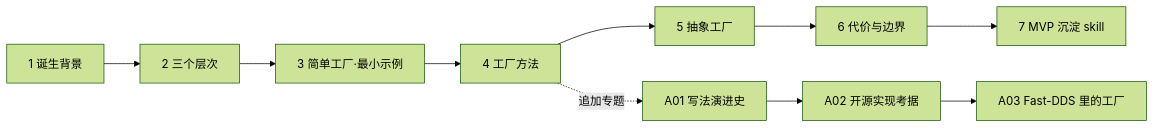
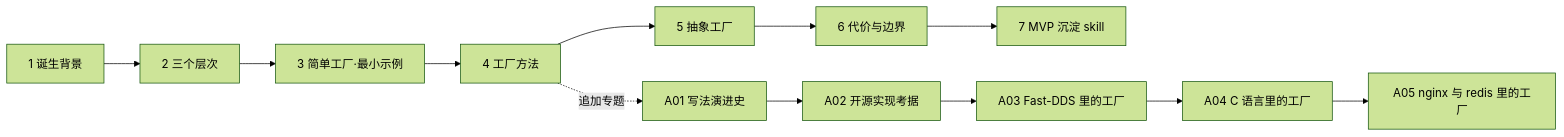
One commit to guang-lee-cn/design-pattern changed the diagram in factory-pattern/docs/00-讲解计划.md. Above: the diagram before and after it, drawn with Mermaid (forest theme). The commit also changed other lines of this file and 12 other files, not shown here.

Commit message:
docs(factory-pattern): A05 nginx 与 redis 里的工厂——六招不重复技巧（含四组实测）

````diff
--- a/factory-pattern/docs/00-讲解计划.md
+++ b/factory-pattern/docs/00-讲解计划.md
@@ -8,12 +8,14 @@
 ```mermaid
 flowchart LR
     A[1 诞生背景] --> B[2 三个层次]
     B --> C[3 简单工厂·最小示例]
     C --> D[4 工厂方法]
     D --> E[5 抽象工厂]
     E --> F[6 代价与边界]
     F --> G[7 MVP 沉淀 skill]
     D -.追加专题.-> X[A01 写法演进史]
     X --> Y[A02 开源实现考据]
     Y --> Z[A03 Fast-DDS 里的工厂]
+    Z --> W[A04 C 语言里的工厂]
+    W --> V[A05 nginx 与 redis 里的工厂]
 ```
````
